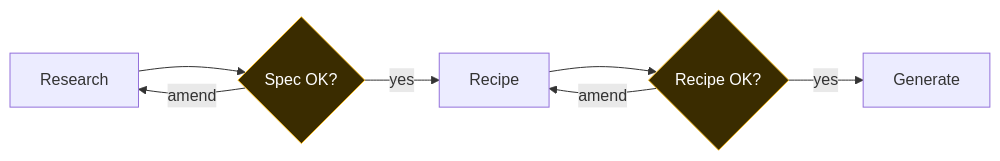
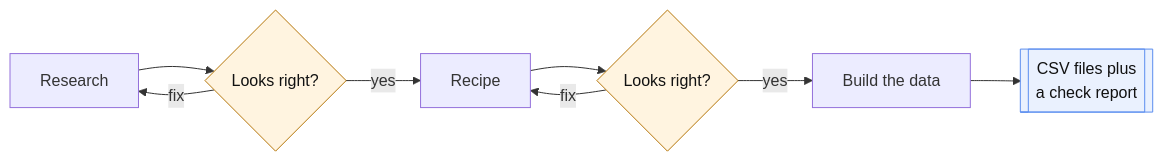
Before and after one commit to harishmathh/datagen-plugin: the fourth of 5 diagrams in README.md, drawn with Mermaid. The commit also changed other lines of this file and 20 other files, not shown here.

````diff
--- a/README.md
+++ b/README.md
@@ -71,11 +120,13 @@
 ```mermaid
 flowchart LR
-    R[Research] --> Q1{Spec OK?}
-    Q1 -- amend --> R
-    Q1 -- yes --> C[Recipe]
-    C --> Q2{Recipe OK?}
-    Q2 -- amend --> C
-    Q2 -- yes --> G[Generate]
-    style Q1 fill:#3a2c00,stroke:#fbbf24,color:#fff
-    style Q2 fill:#3a2c00,stroke:#fbbf24,color:#fff
+    S1[Research] --> G1{Looks right?}
+    G1 -- fix --> S1
+    G1 -- yes --> S2[Recipe]
+    S2 --> G2{Looks right?}
+    G2 -- fix --> S2
+    G2 -- yes --> S3[Build the data]
+    S3 --> O[[CSV files plus<br/>a check report]]
+    style G1 fill:#fff4e0,stroke:#b5760a,color:#111
+    style G2 fill:#fff4e0,stroke:#b5760a,color:#111
+    style O fill:#eaf1fe,stroke:#5b8def,color:#111
 ```
````
